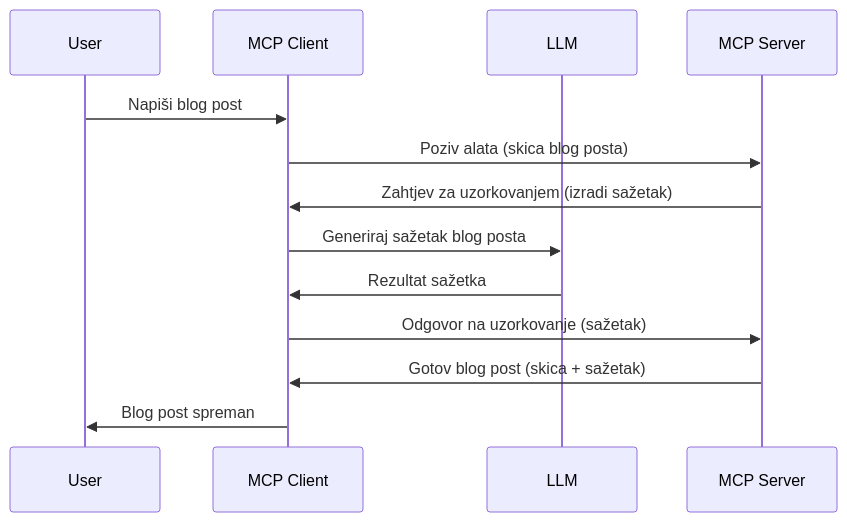
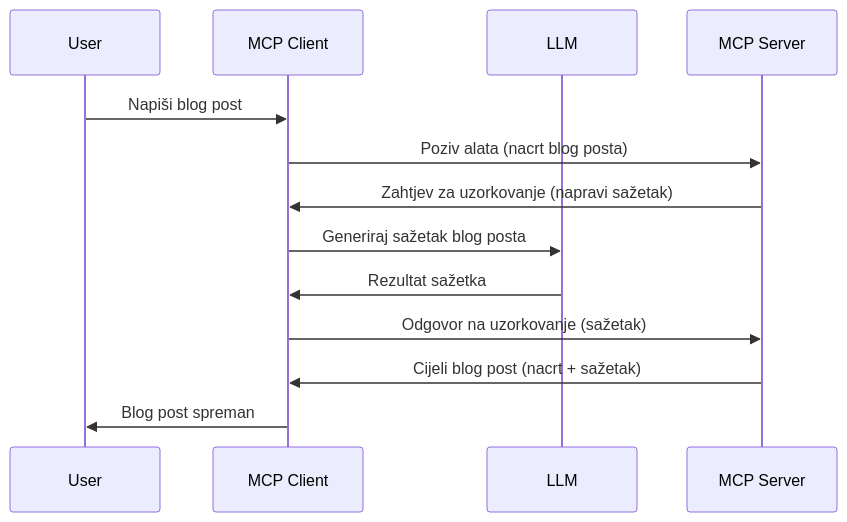
Before and after one commit to HIDORAKAI002/ai-workspace-archive: the diagram in mcp_ecosystem__model_context_protocol/mcp_learning_resources/mcp-for-beginners/translations/hr/03-GettingStarted/14-sampling/README.md, drawn with Mermaid. The commit also changed other lines of this file and 1160 other files, not shown here.

````diff
--- a/mcp_ecosystem__model_context_protocol/mcp_learning_resources/mcp-for-beginners/translations/hr/03-GettingStarted/14-sampling/README.md
+++ b/mcp_ecosystem__model_context_protocol/mcp_learning_resources/mcp-for-beginners/translations/hr/03-GettingStarted/14-sampling/README.md
@@ -23,16 +23,16 @@
 ```mermaid
 sequenceDiagram
     participant User
     participant MCP Client
     participant LLM
     participant MCP Server
 
     User->>MCP Client: Napiši blog post
-    MCP Client->>MCP Server: Poziv alata (skica blog posta)
-    MCP Server->>MCP Client: Zahtjev za uzorkovanjem (izradi sažetak)
+    MCP Client->>MCP Server: Poziv alata (nacrt blog posta)
+    MCP Server->>MCP Client: Zahtjev za uzorkovanje (napravi sažetak)
     MCP Client->>LLM: Generiraj sažetak blog posta
     LLM->>MCP Client: Rezultat sažetka
     MCP Client->>MCP Server: Odgovor na uzorkovanje (sažetak)
-    MCP Server->>MCP Client: Gotov blog post (skica + sažetak)
+    MCP Server->>MCP Client: Cijeli blog post (nacrt + sažetak)
     MCP Client->>User: Blog post spreman
 ```
````
